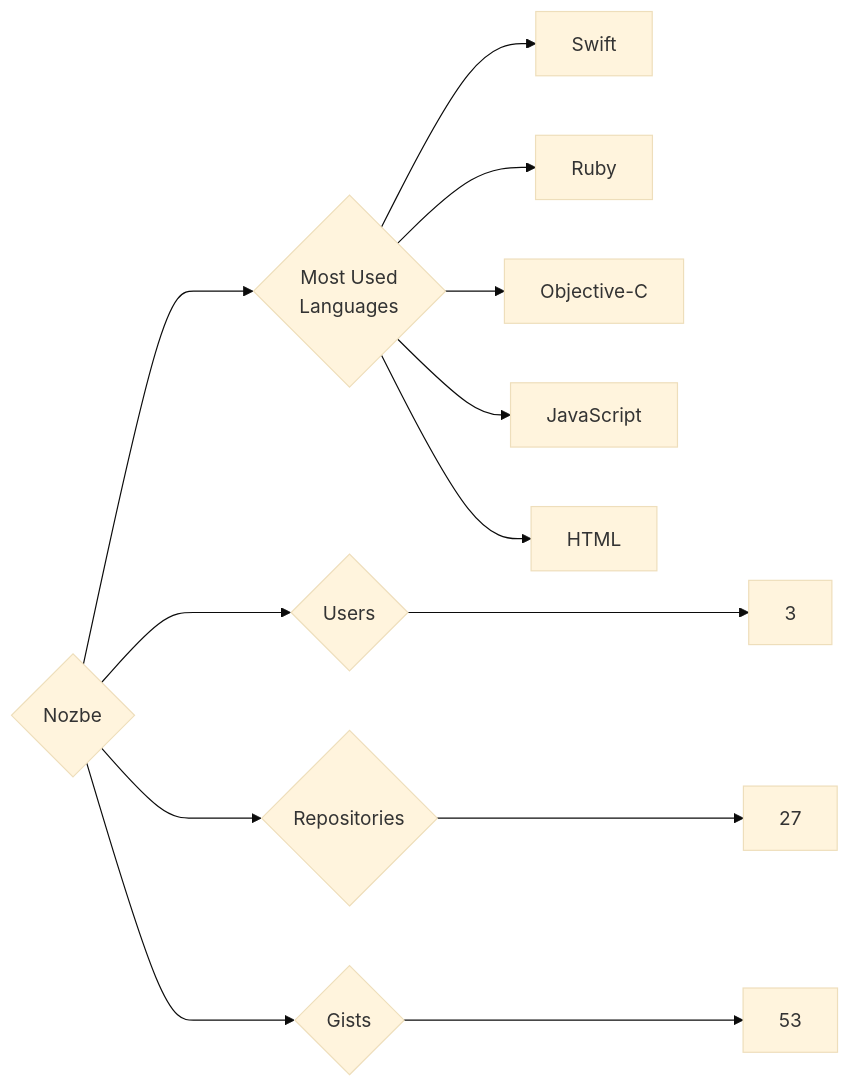
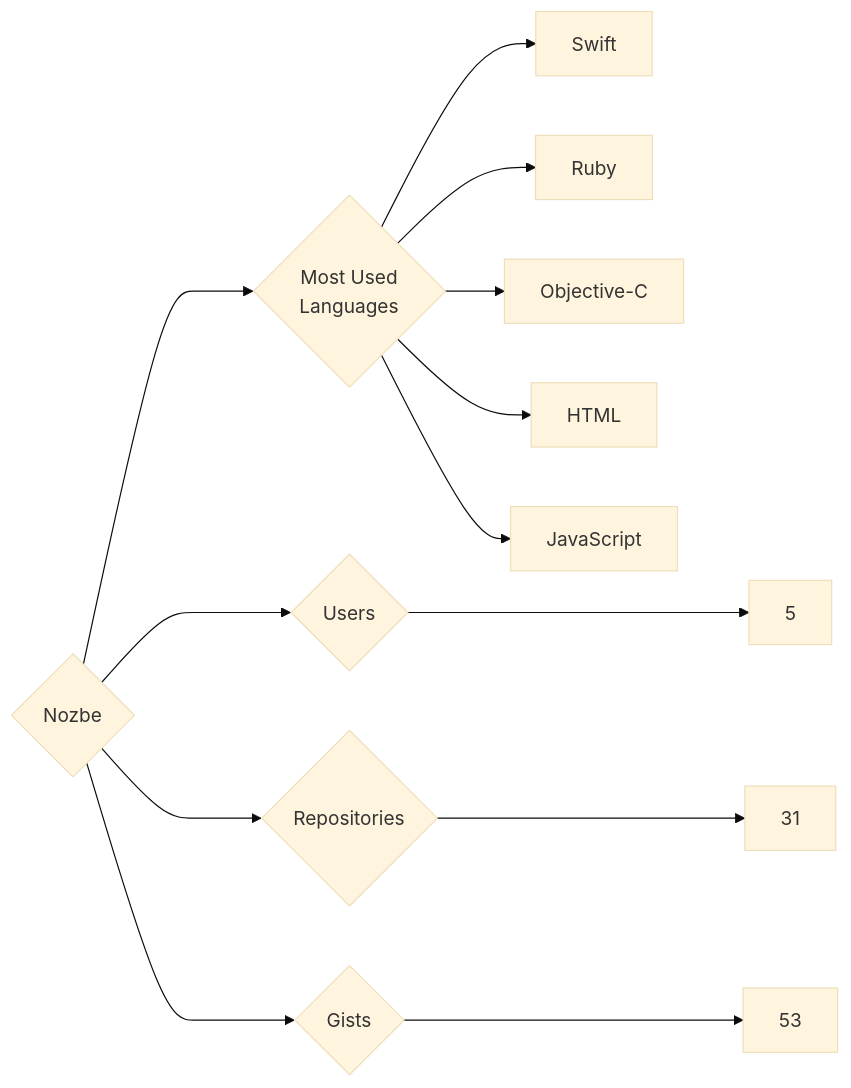
Before and after one commit to trickest/insiders: the diagram in targets/Nozbe/README.md, drawn with Mermaid (base theme). The commit also changed 715 other files, not shown here.

````diff
--- a/targets/Nozbe/README.md
+++ b/targets/Nozbe/README.md
@@ -3,13 +3,13 @@
 ```mermaid
 graph LR
 COMPANY_NAME{Nozbe}
-COMPANY_NAME ---> U{Users} ---> UN[3]
-COMPANY_NAME ---> R{Repositories} ---> RN[27]
+COMPANY_NAME ---> U{Users} ---> UN[5]
+COMPANY_NAME ---> R{Repositories} ---> RN[31]
 COMPANY_NAME ---> G{Gists} ---> GN[53]
 COMPANY_NAME ---> ML{Most Used<br>Languages}
 ML --> Swift[Swift]
 ML --> Ruby[Ruby]
 ML --> Objective-C[Objective-C]
+ML --> HTML[HTML]
 ML --> JavaScript[JavaScript]
-ML --> HTML[HTML]
 ```
````
